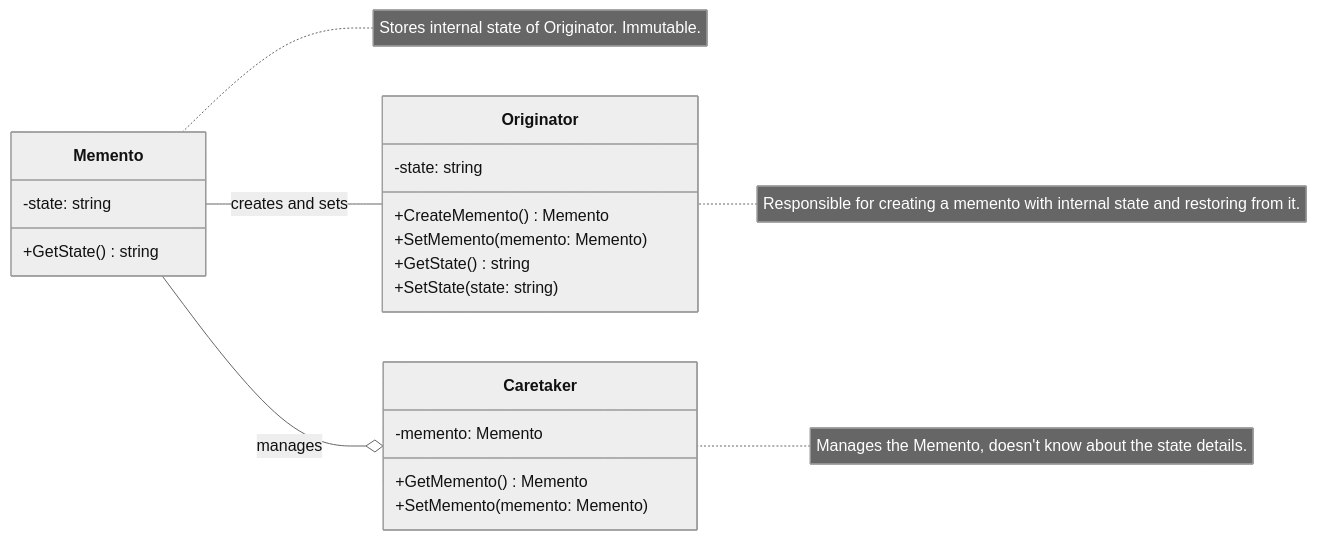
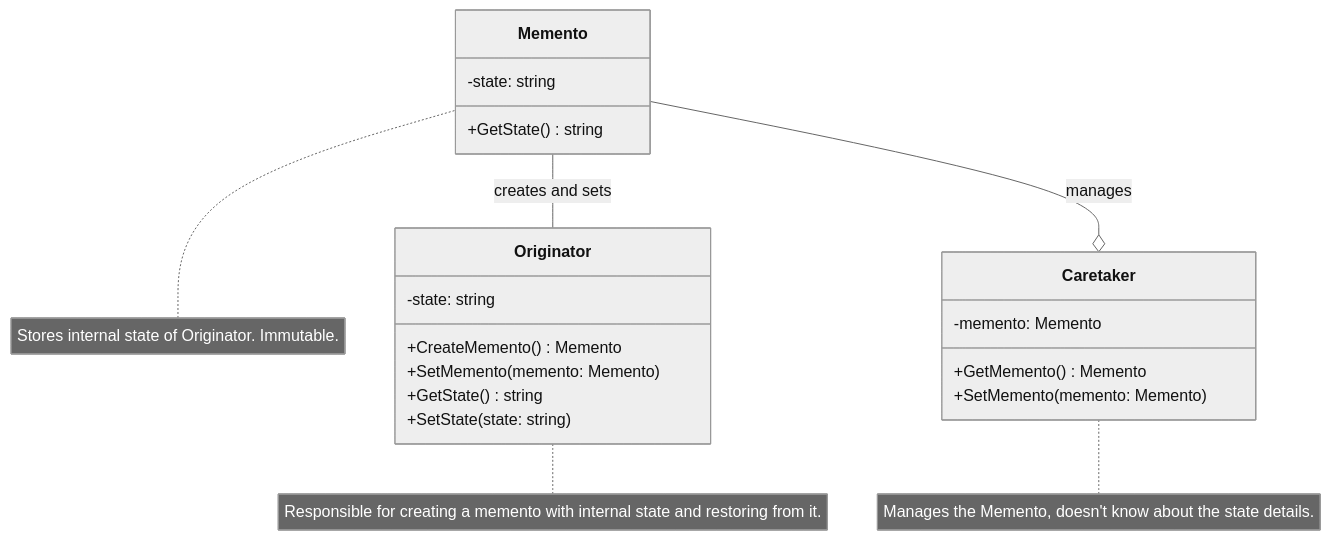
Before and after one commit to IxI-Enki/PoseUebung-016: the first of 2 diagrams in diagrams/memento.md, drawn with Mermaid (neutral theme).

````diff
--- a/diagrams/memento.md
+++ b/diagrams/memento.md
@@ -5,29 +5,29 @@
 ```mermaid
 classDiagram
-  direction RL
+  direction BT
     class Originator {
         -state: string
         +CreateMemento() Memento
         +SetMemento(memento: Memento)
         +GetState() string
         +SetState(state: string)
     }
 
     class Memento {
         -state: string
         +GetState() string
     }
 
     class Caretaker {
         -memento: Memento
         +GetMemento() Memento
         +SetMemento(memento: Memento)
     }
 
     Originator -- Memento : creates and sets
     Caretaker o-- Memento : manages
 
     note for Originator "Responsible for creating a memento with internal state and restoring from it."
     note for Memento "Stores internal state of Originator. Immutable."
     note for Caretaker "Manages the Memento, doesn't know about the state details."
 ```
````
